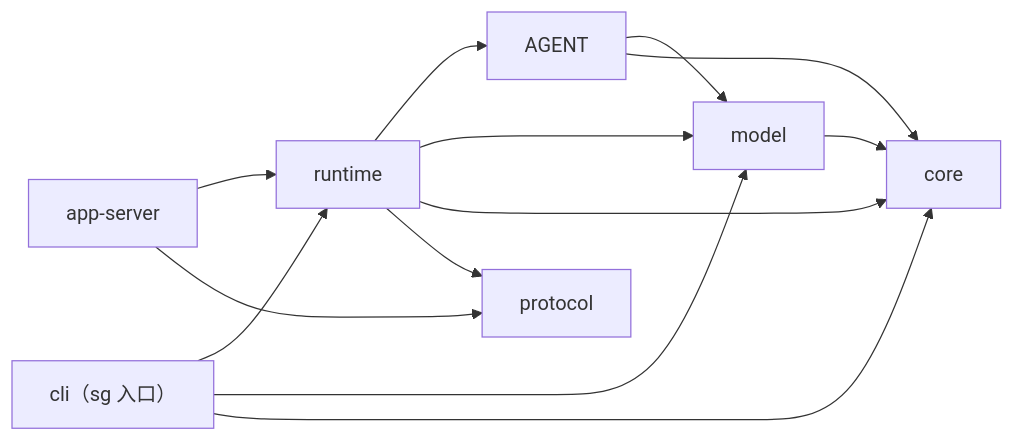
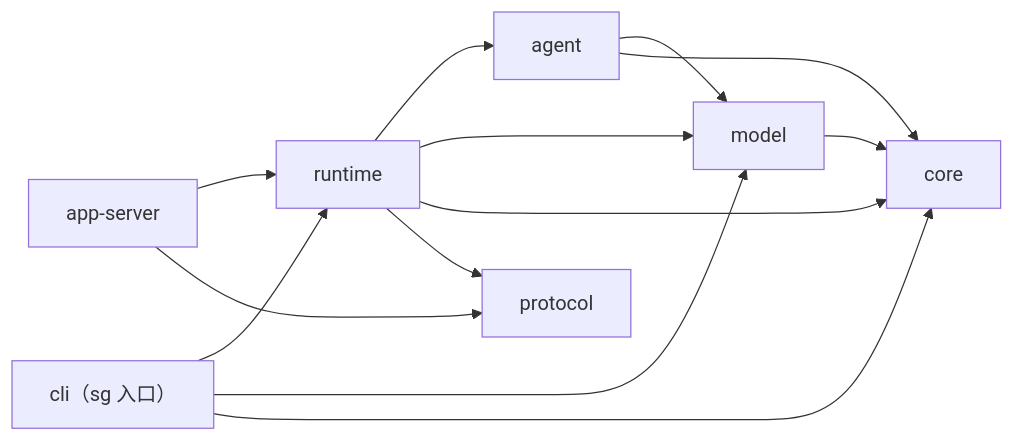
One commit to qjcnmd/singularity-agent changed the second of 10 diagrams in docs/repository-map.md. Above: the diagram before and after it, drawn with Mermaid. The commit also changed other lines of this file and 1 other file, not shown here.

Commit message:
docs: 更新仓库地图与可靠性裁决记录（对齐 ThreadCatalog、protocol 与双协议分派）

````diff
--- a/docs/repository-map.md
+++ b/docs/repository-map.md
@@ -33,15 +30,15 @@
 ```mermaid
 flowchart LR
     CLI["cli（sg 入口）"] --> RUNTIME["runtime"]
     CLI --> MODEL["model"]
     CLI --> CORE["core"]
     APPSERVER["app-server"] --> RUNTIME
     APPSERVER --> PROTOCOL["protocol"]
-    RUNTIME --> AGENT
+    RUNTIME --> AGENT["agent"]
     RUNTIME --> MODEL
     RUNTIME --> CORE
     RUNTIME --> PROTOCOL
     AGENT --> MODEL
     AGENT --> CORE
     MODEL --> CORE
 ```
````
